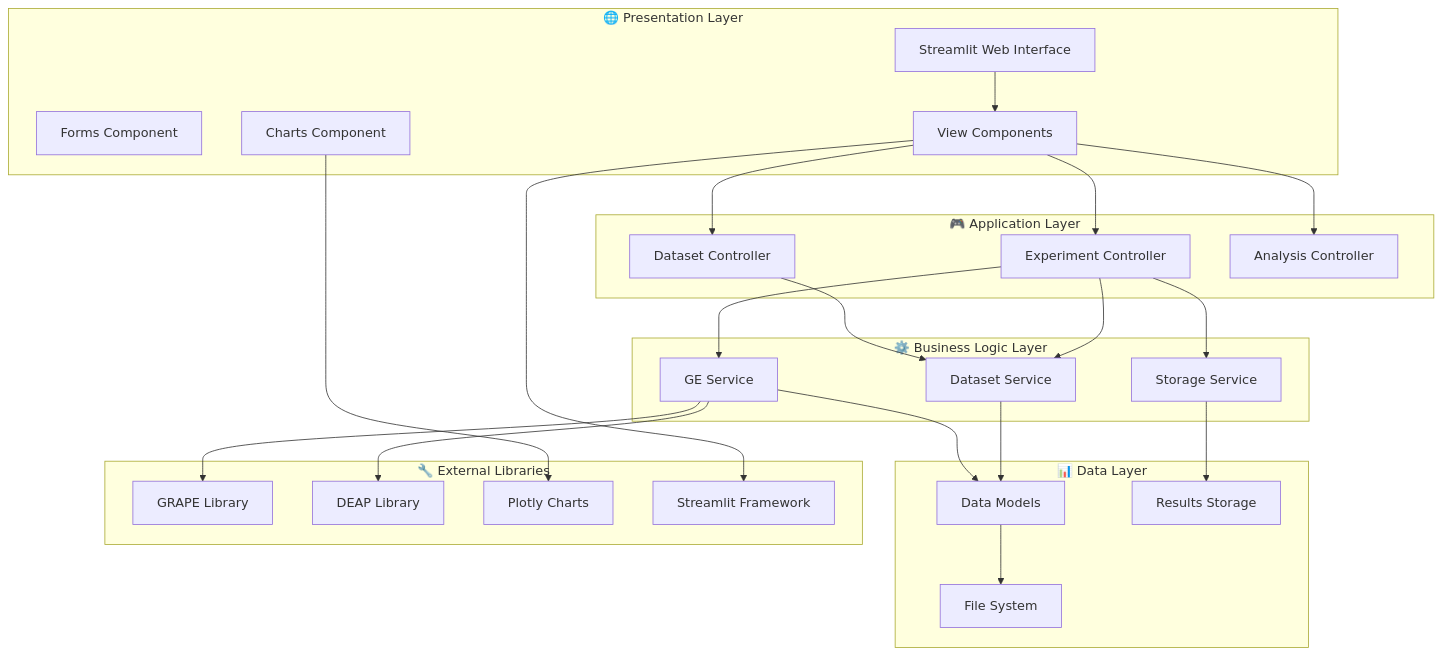
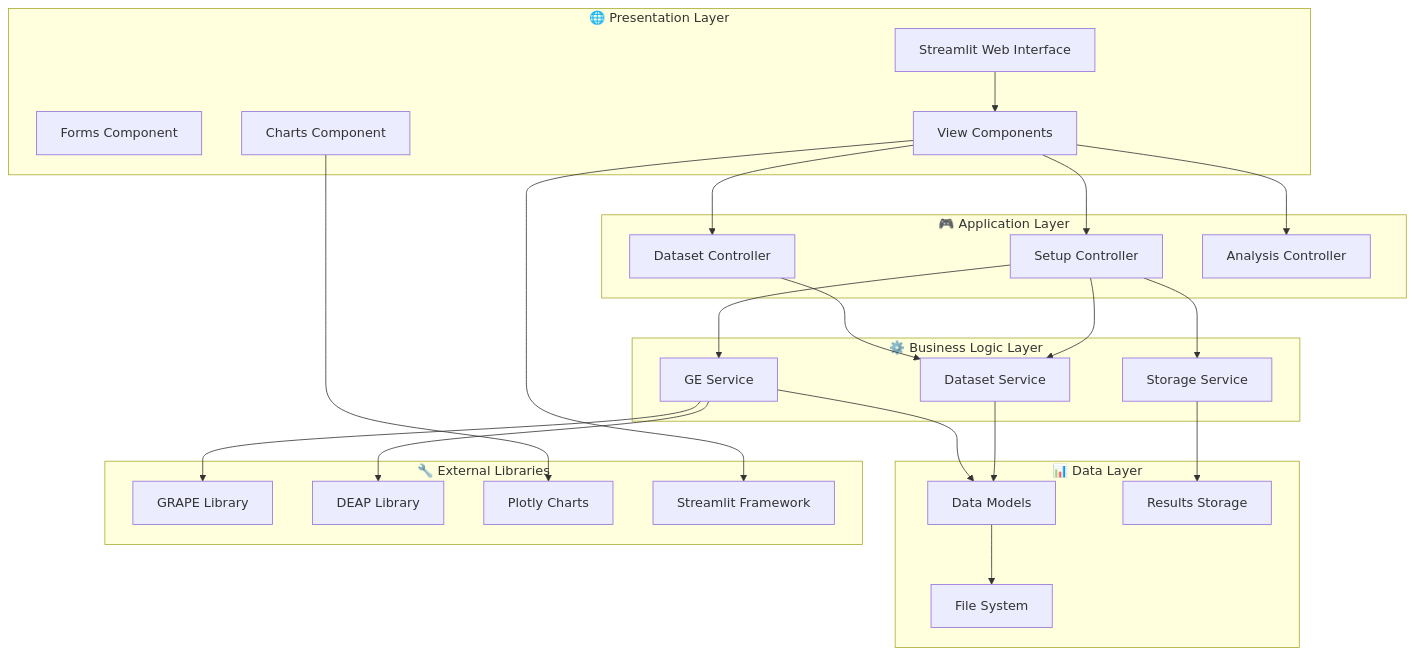
The first of 8 diagrams in ARCHITECTURE_DIAGRAMS.md (aghilhooshmand/UGE), drawn with Mermaid before and after one commit. The commit also changed other lines of this file and 24 other files, not shown here.

````diff
--- a/ARCHITECTURE_DIAGRAMS.md
+++ b/ARCHITECTURE_DIAGRAMS.md
@@ -7,51 +7,51 @@
 ```mermaid
 graph TB
     subgraph "🌐 Presentation Layer"
         UI[Streamlit Web Interface]
         Forms[Forms Component]
         Charts[Charts Component]
         Views[View Components]
     end
     
     subgraph "🎮 Application Layer"
-        EC[Experiment Controller]
+        EC[Setup Controller]
         DC[Dataset Controller]
         AC[Analysis Controller]
     end
     
     subgraph "⚙️ Business Logic Layer"
         GES[GE Service]
         DS[Dataset Service]
         SS[Storage Service]
     end
     
     subgraph "📊 Data Layer"
         Models[Data Models]
         Files[File System]
         Results[Results Storage]
     end
     
     subgraph "🔧 External Libraries"
         GRAPE[GRAPE Library]
         DEAP[DEAP Library]
         Plotly[Plotly Charts]
         Streamlit[Streamlit Framework]
     end
     
     UI --> Views
     Views --> EC
     Views --> DC
     Views --> AC
     EC --> GES
     EC --> DS
     EC --> SS
     DC --> DS
     DS --> Models
     GES --> Models
     GES --> GRAPE
     GES --> DEAP
     Charts --> Plotly
     Views --> Streamlit
     Models --> Files
     SS --> Results
 ```
````
